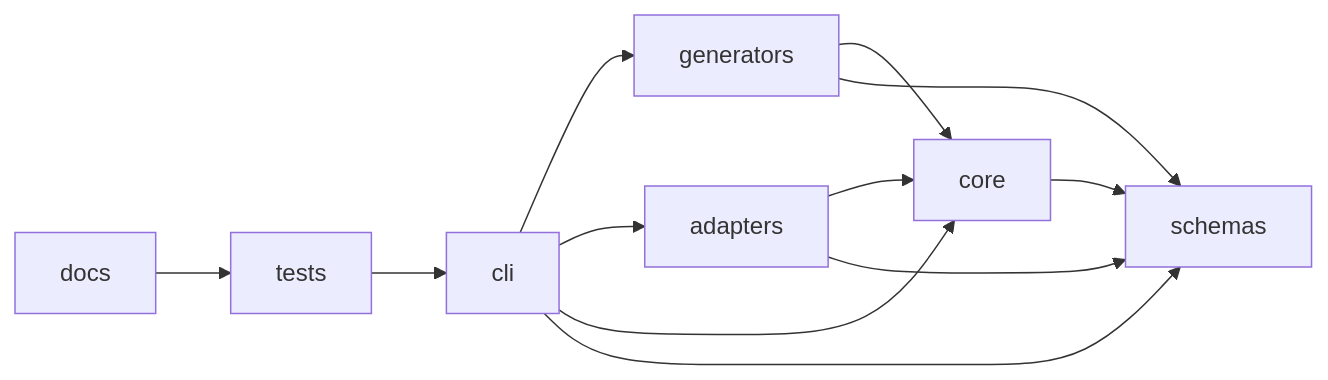
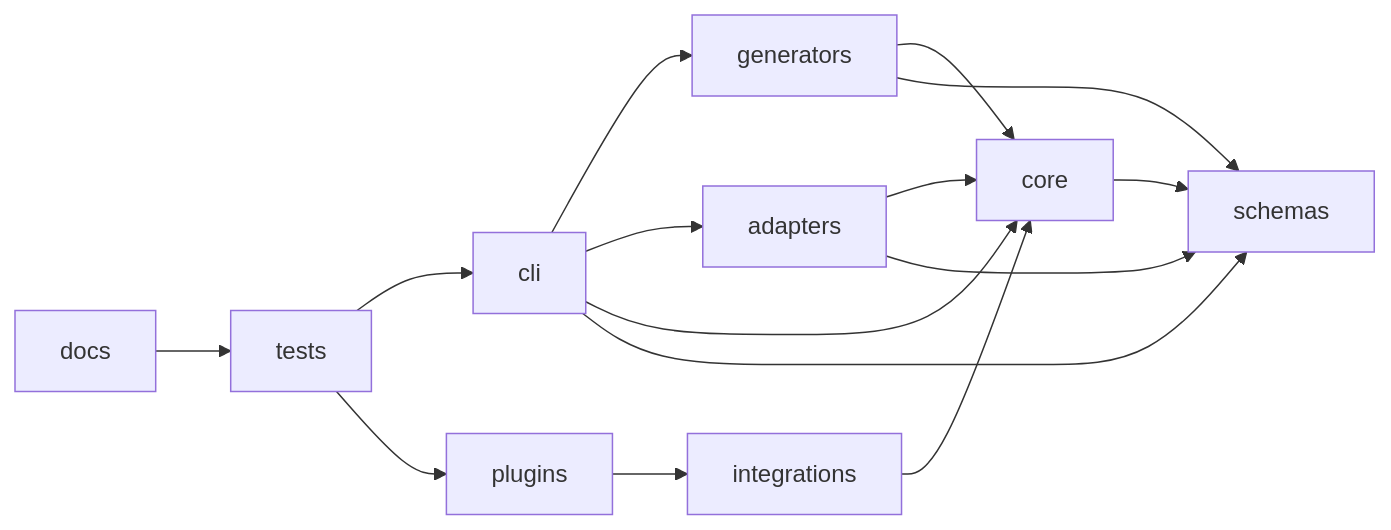
One commit to andersonmrodrigues/paved changed the third of 3 diagrams in docs/concepts/architecture.md. Above: the diagram before and after it, drawn with Mermaid. The commit also changed other lines of this file and 82 other files, not shown here.

````diff
--- a/docs/concepts/architecture.md
+++ b/docs/concepts/architecture.md
@@ -148,14 +148,17 @@
 ```mermaid
 flowchart LR
   core --> schemas
   generators --> core
   generators --> schemas
   adapters --> core
   adapters --> schemas
   cli --> generators
   cli --> adapters
   cli --> core
   cli --> schemas
+  integrations --> core
+  plugins --> integrations
   tests --> cli
+  tests --> plugins
   docs --> tests
 ```
````
